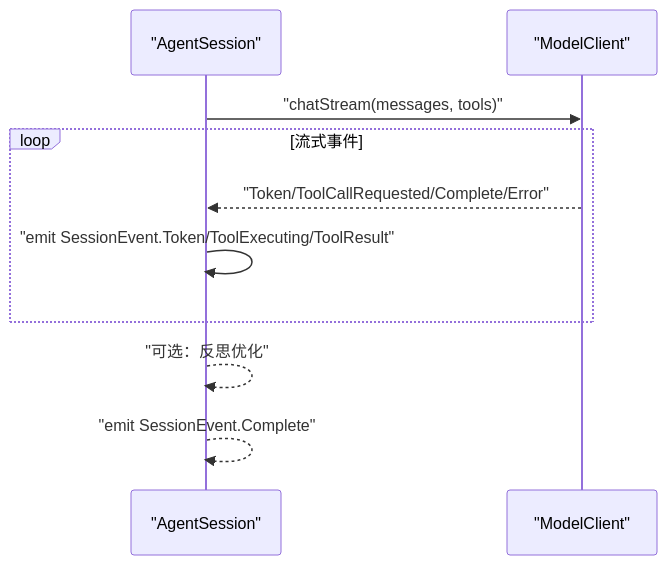
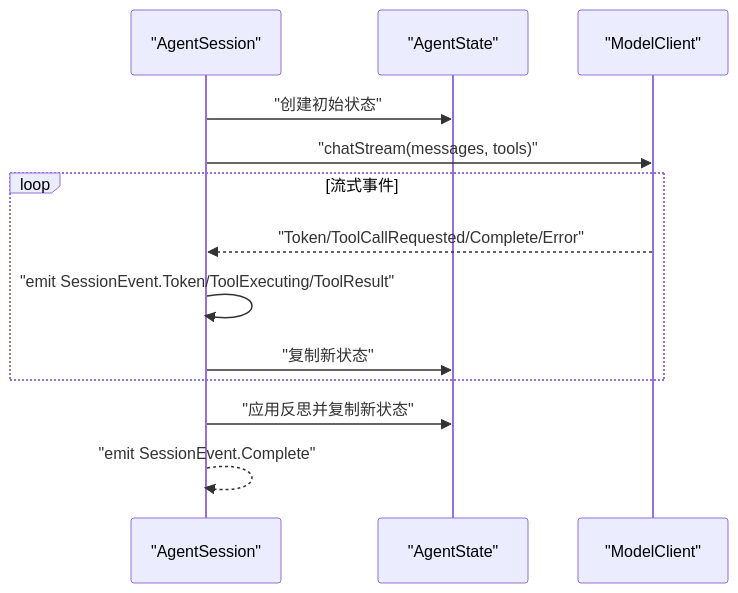
Before and after one commit to guuyn/OpenClaw-Android: the sixth of 10 diagrams in .qoder/repowiki/zh/content/核心模块/AI对话系统/AgentSession核心实现.md, drawn with Mermaid. The commit also changed other lines of this file and 4 other files, not shown here.

````diff
--- a/.qoder/repowiki/zh/content/核心模块/AI对话系统/AgentSession核心实现.md
+++ b/.qoder/repowiki/zh/content/核心模块/AI对话系统/AgentSession核心实现.md
@@ -205,12 +263,15 @@
 ```mermaid
 sequenceDiagram
 participant AS as "AgentSession"
+participant GS as "AgentState"
 participant MC as "ModelClient"
+AS->>GS : "创建初始状态"
 AS->>MC : "chatStream(messages, tools)"
 loop 流式事件
 MC-->>AS : "Token/ToolCallRequested/Complete/Error"
 AS->>AS : "emit SessionEvent.Token/ToolExecuting/ToolResult"
+AS->>GS : "复制新状态"
 end
-AS-->>AS : "可选：反思优化"
+AS->>GS : "应用反思并复制新状态"
 AS-->>AS : "emit SessionEvent.Complete"
 ```
````
